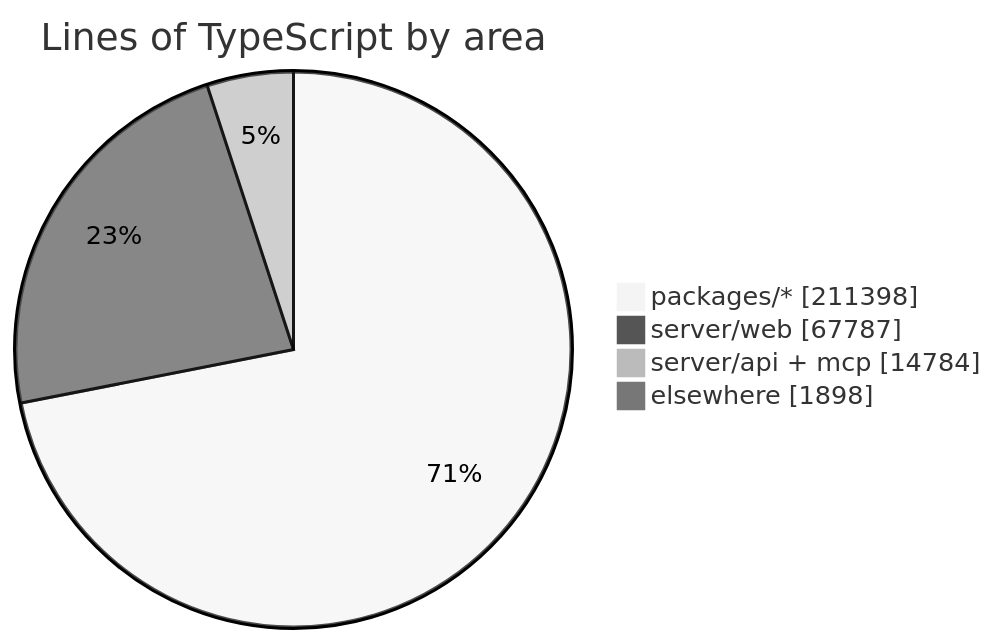
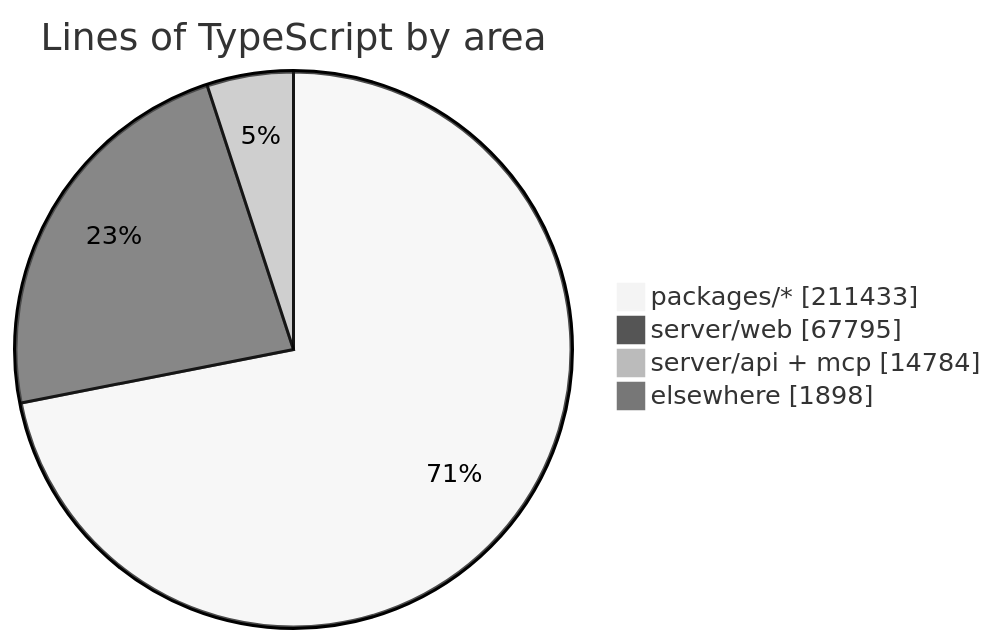
One commit to crossworks-engineering/mantle changed the diagram in README.md. Above: the diagram before and after it, drawn with Mermaid (neutral theme). The commit also changed other lines of this file and 2 other files, not shown here.

````diff
--- a/README.md
+++ b/README.md
@@ -287,7 +287,7 @@
 ```mermaid
 pie showData title Lines of TypeScript by area
-    "packages/*" : 211398
-    "server/web" : 67787
+    "packages/*" : 211433
+    "server/web" : 67795
     "server/api + mcp" : 14784
     "elsewhere" : 1898
 ```
````
